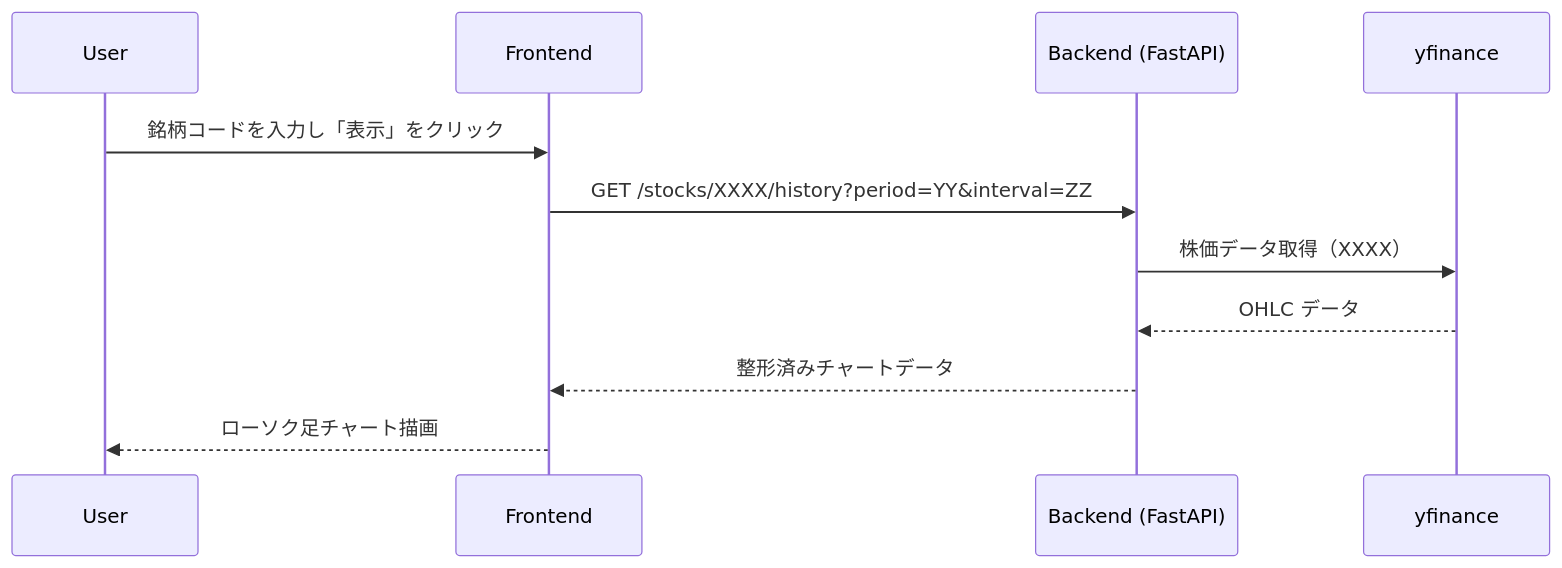
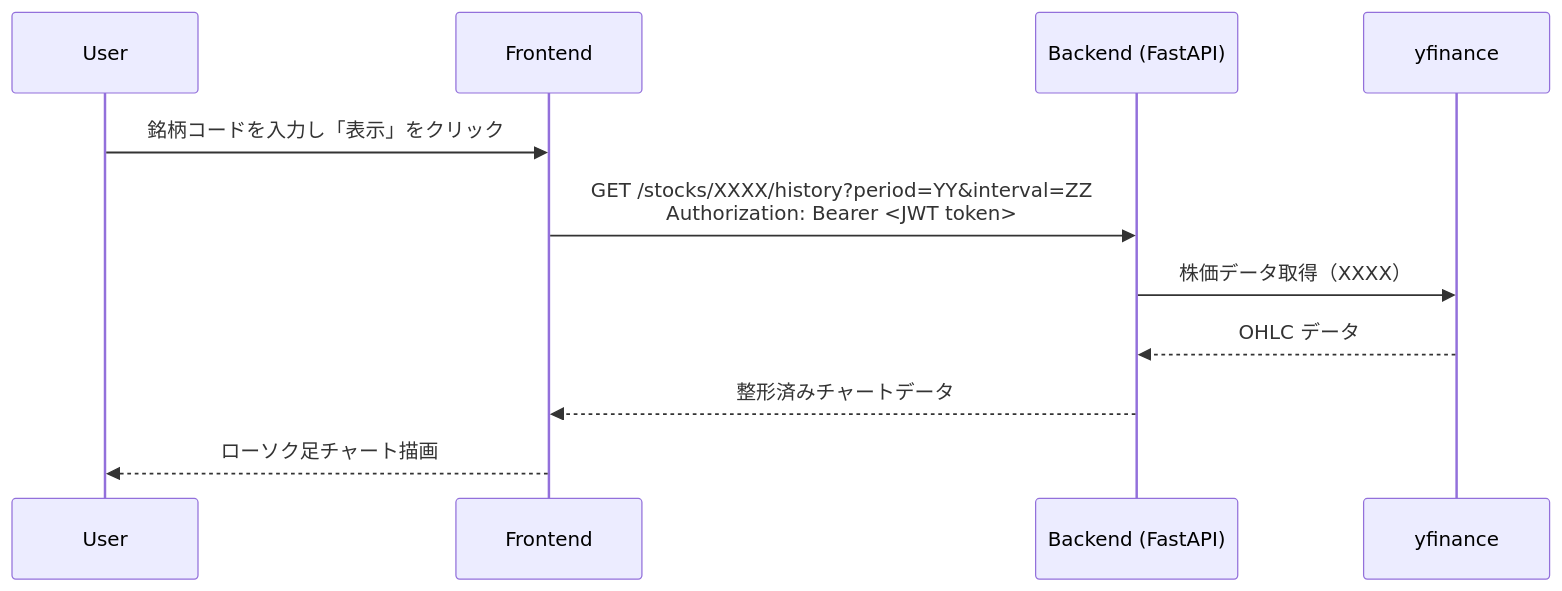
Before and after one commit to koki-ymd/stock-viewer: the third of 6 diagrams in docs/architecture.md, drawn with Mermaid. The commit also changed other lines of this file, not shown here.

Commit message:
docs: update architecture.md to reflect auth jwt

````diff
--- a/docs/architecture.md
+++ b/docs/architecture.md
@@ -319,14 +330,14 @@
 ```mermaid
 sequenceDiagram
   participant U as User
   participant FE as Frontend
   participant BE as Backend (FastAPI)
   participant YF as yfinance
 
   U->>FE: 銘柄コードを入力し「表示」をクリック
-  FE->>BE: GET /stocks/XXXX/history?period=YY&interval=ZZ
+  FE->>BE: GET /stocks/XXXX/history?period=YY&interval=ZZ <br/> Authorization: Bearer <JWT token>
   BE->>YF: 株価データ取得（XXXX）
   YF-->>BE: OHLC データ
   BE-->>FE: 整形済みチャートデータ
   FE-->>U: ローソク足チャート描画
 ```
````
